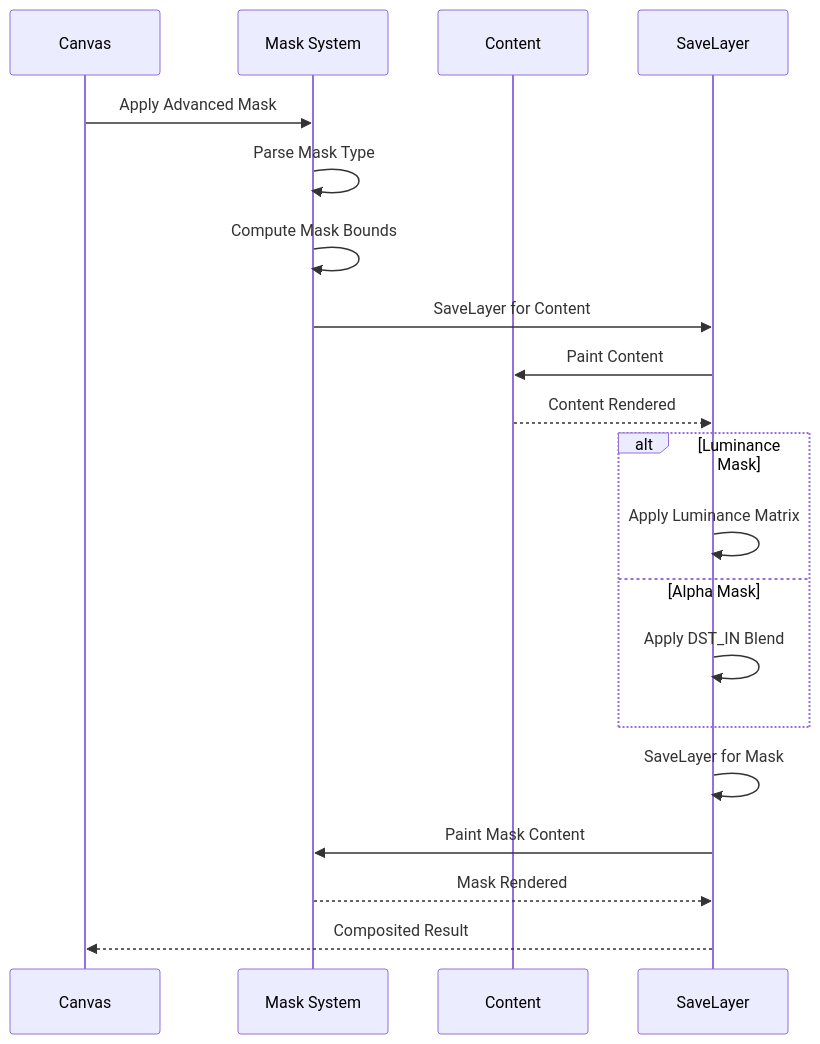
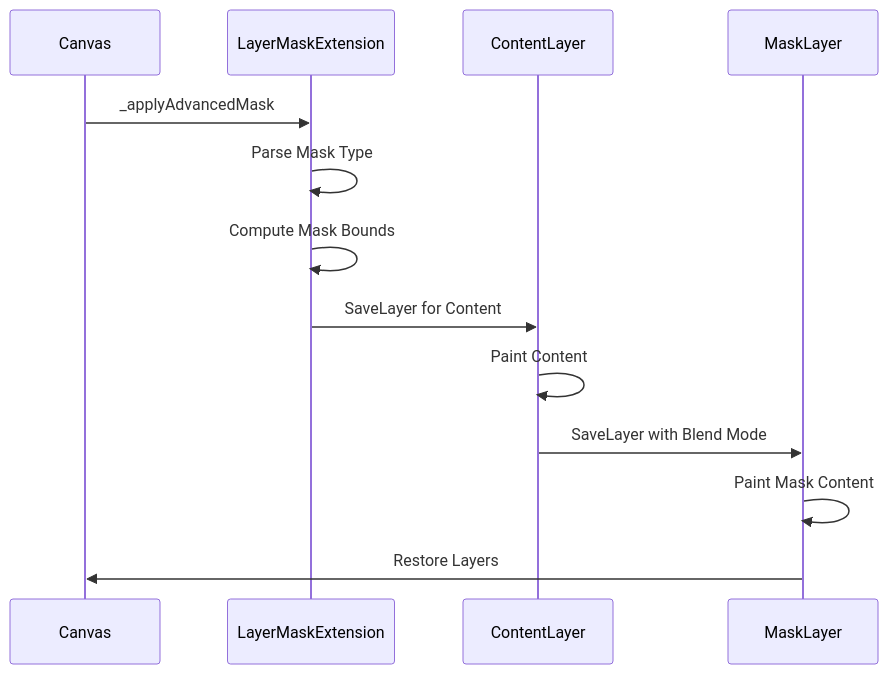
Before and after one commit to denisnadey/flutter_full_svg_support: the third of 5 diagrams in .qoder/repowiki/en/content/Animated SVG Support/Advanced Animation Features/SVG Filters and Effects/Advanced Clipping and Masking System.md, drawn with Mermaid. The commit also changed other lines of this file and 5 other files, not shown here.

````diff
--- a/.qoder/repowiki/en/content/Animated SVG Support/Advanced Animation Features/SVG Filters and Effects/Advanced Clipping and Masking System.md
+++ b/.qoder/repowiki/en/content/Animated SVG Support/Advanced Animation Features/SVG Filters and Effects/Advanced Clipping and Masking System.md
@@ -170,22 +148,15 @@
 ```mermaid
 sequenceDiagram
 participant Canvas as Canvas
-participant Mask as Mask System
-participant Content as Content
-participant Layer as SaveLayer
-Canvas->>Mask : Apply Advanced Mask
-Mask->>Mask : Parse Mask Type
-Mask->>Mask : Compute Mask Bounds
-Mask->>Layer : SaveLayer for Content
-Layer->>Content : Paint Content
-Content-->>Layer : Content Rendered
-alt Luminance Mask
-Layer->>Layer : Apply Luminance Matrix
-else Alpha Mask
-Layer->>Layer : Apply DST_IN Blend
-end
-Layer->>Layer : SaveLayer for Mask
-Layer->>Mask : Paint Mask Content
-Mask-->>Layer : Mask Rendered
-Layer-->>Canvas : Composited Result
+participant LayerMask as LayerMaskExtension
+participant ContentLayer as ContentLayer
+participant MaskLayer as MaskLayer
+Canvas->>LayerMask : _applyAdvancedMask
+LayerMask->>LayerMask : Parse Mask Type
+LayerMask->>LayerMask : Compute Mask Bounds
+LayerMask->>ContentLayer : SaveLayer for Content
+ContentLayer->>ContentLayer : Paint Content
+ContentLayer->>MaskLayer : SaveLayer with Blend Mode
+MaskLayer->>MaskLayer : Paint Mask Content
+MaskLayer->>Canvas : Restore Layers
 ```
````
